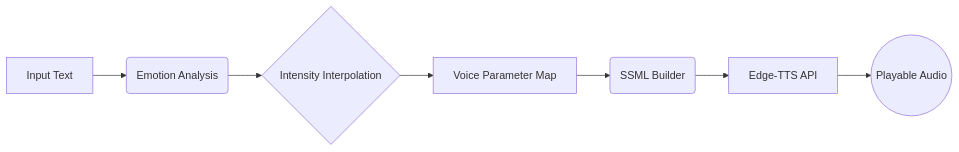
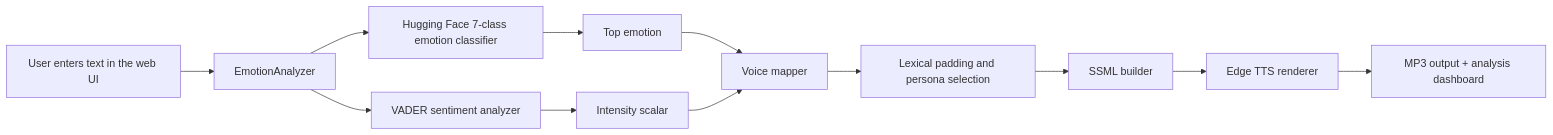
One commit to ShresthChandel/Empathy-Engine changed the first of 2 diagrams in README.md. Above: the diagram before and after it, drawn with Mermaid. The commit also changed other lines of this file, not shown here.

````diff
--- a/README.md
+++ b/README.md
@@ -22,9 +50,14 @@
 ```mermaid
-graph LR
-A[Input Text] --> B(Emotion Analysis)
-B --> C{Intensity Interpolation}
-C --> D[Voice Parameter Map]
-D --> E(SSML Builder)
-E --> F[Edge-TTS API]
-F --> G((Playable Audio))
+flowchart LR
+    A[User enters text in the web UI] --> B[EmotionAnalyzer]
+    B --> C[Hugging Face 7-class emotion classifier]
+    B --> D[VADER sentiment analyzer]
+    C --> E[Top emotion]
+    D --> F[Intensity scalar]
+    E --> G[Voice mapper]
+    F --> G
+    G --> H[Lexical padding and persona selection]
+    H --> I[SSML builder]
+    I --> J[Edge TTS renderer]
+    J --> K[MP3 output + analysis dashboard]
 ```
````
